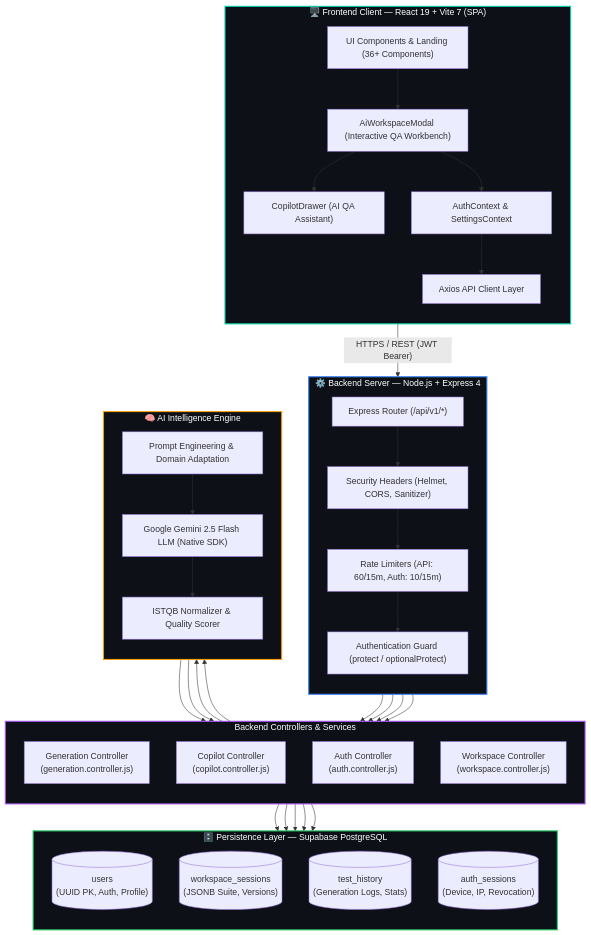
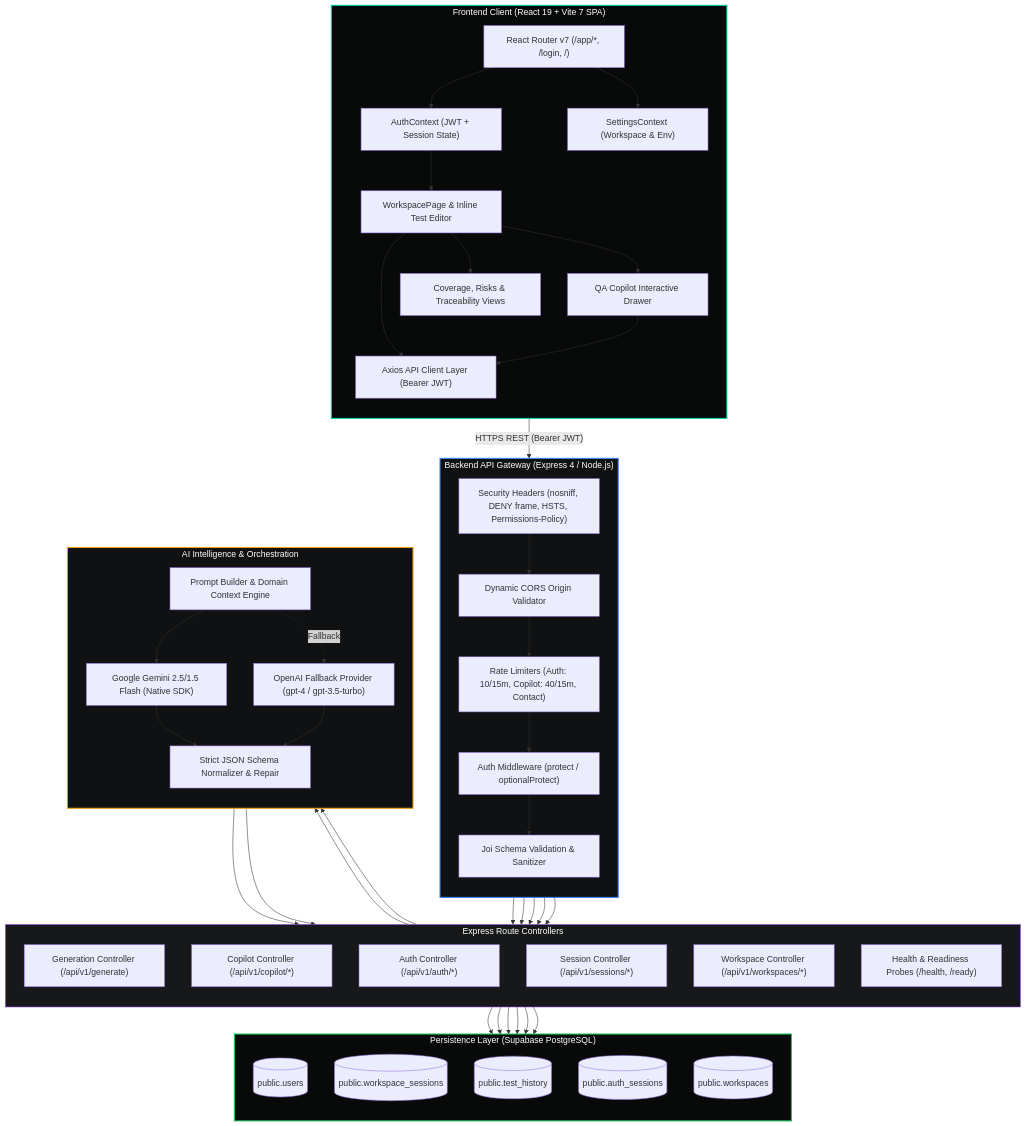
The second of 2 diagrams in README.md (KISHOR403/Testnexa-Ai), drawn with Mermaid before and after one commit. The commit also changed other lines of this file, not shown here.

````diff
--- a/README.md
+++ b/README.md
@@ -165,77 +264,92 @@
 ```mermaid
 flowchart TB
-    subgraph Client["🖥️ Frontend Client — React 19 + Vite 7 (SPA)"]
+    subgraph Client["Frontend Client (React 19 + Vite 7 SPA)"]
         direction TB
-        UI["UI Components & Landing (36+ Components)"]
-        Modal["AiWorkspaceModal (Interactive QA Workbench)"]
-        CopilotUI["CopilotDrawer (AI QA Assistant)"]
-        State["AuthContext & SettingsContext"]
-        APIClient["Axios API Client Layer"]
+        AppRouter["React Router v7 (/app/*, /login, /)"]
+        AuthCtx["AuthContext (JWT + Session State)"]
+        SettingsCtx["SettingsContext (Workspace & Env)"]
+        WorkBench["WorkspacePage & Inline Test Editor"]
+        CopilotDrawer["QA Copilot Interactive Drawer"]
+        AnalyticsViews["Coverage, Risks & Traceability Views"]
+        ApiClient["Axios API Client Layer (Bearer JWT)"]
 
-        UI --> Modal
-        Modal --> CopilotUI
-        Modal --> State
-        State --> APIClient
+        AppRouter --> AuthCtx
+        AppRouter --> SettingsCtx
+        AuthCtx --> WorkBench
+        WorkBench --> CopilotDrawer
+        WorkBench --> AnalyticsViews
+        WorkBench --> ApiClient
+        CopilotDrawer --> ApiClient
     end
 
-    subgraph Gateway["⚙️ Backend Server — Node.js + Express 4"]
+    subgraph Gateway["Backend API Gateway (Express 4 / Node.js)"]
         direction TB
-        Router["Express Router (/api/v1/*)"]
-        MW_Sec["Security Headers (Helmet, CORS, Sanitizer)"]
-        MW_Rate["Rate Limiters (API: 60/15m, Auth: 10/15m)"]
-        MW_Auth["Authentication Guard (protect / optionalProtect)"]
-        
-        Router --> MW_Sec
-        MW_Sec --> MW_Rate
-        MW_Rate --> MW_Auth
+        SecurityMW["Security Headers (nosniff, DENY frame, HSTS, Permissions-Policy)"]
+        CorsMW["Dynamic CORS Origin Validator"]
+        RateLimitMW["Rate Limiters (Auth: 10/15m, Copilot: 40/15m, Contact)"]
+        AuthGuard["Auth Middleware (protect / optionalProtect)"]
+        JoiValidator["Joi Schema Validation & Sanitizer"]
+
+        SecurityMW --> CorsMW
+        CorsMW --> RateLimitMW
+        RateLimitMW --> AuthGuard
+        AuthGuard --> JoiValidator
     end
 
-    subgraph Controllers["Backend Controllers & Services"]
+    subgraph Controllers["Express Route Controllers"]
         direction TB
-        GenCtrl["Generation Controller<br/>(generation.controller.js)"]
-        CopilotCtrl["Copilot Controller<br/>(copilot.controller.js)"]
-        AuthCtrl["Auth Controller<br/>(auth.controller.js)"]
-        SessionCtrl["Workspace Controller<br/>(workspace.controller.js)"]
-        
-        MW_Auth --> GenCtrl
-        MW_Auth --> CopilotCtrl
-        MW_Auth --> AuthCtrl
-        MW_Auth --> SessionCtrl
+        GenCtrl["Generation Controller (/api/v1/generate)"]
+        CopilotCtrl["Copilot Controller (/api/v1/copilot/*)"]
+        AuthCtrl["Auth Controller (/api/v1/auth/*)"]
+        SessionCtrl["Session Controller (/api/v1/sessions/*)"]
+        WorkspaceCtrl["Workspace Controller (/api/v1/workspaces/*)"]
+        HealthCtrl["Health & Readiness Probes (/health, /ready)"]
     end
 
-    subgraph AI["🧠 AI Intelligence Engine"]
+    subgraph Engine["AI Intelligence & Orchestration"]
         direction TB
-        PromptAdapter["Prompt Engineering & Domain Adaptation"]
-        GeminiCore["Google Gemini 2.5 Flash LLM (Native SDK)"]
-        ISTQBParser["ISTQB Normalizer & Quality Scorer"]
-        
-        GenCtrl --> PromptAdapter
-        CopilotCtrl --> PromptAdapter
-        PromptAdapter --> GeminiCore
-        GeminiCore --> ISTQBParser
-        ISTQBParser --> GenCtrl
-        ISTQBParser --> CopilotCtrl
+        PromptOrchestrator["Prompt Builder & Domain Context Engine"]
+        GeminiSDK["Google Gemini 2.5/1.5 Flash (Native SDK)"]
+        OpenAIFallback["OpenAI Fallback Provider (gpt-4 / gpt-3.5-turbo)"]
+        JSONParser["Strict JSON Schema Normalizer & Repair"]
+
+        PromptOrchestrator --> GeminiSDK
+        PromptOrchestrator -.->|Fallback| OpenAIFallback
+        GeminiSDK --> JSONParser
+        OpenAIFallback --> JSONParser
     end
 
-    subgraph Database["🗄️ Persistence Layer — Supabase PostgreSQL"]
+    subgraph Storage["Persistence Layer (Supabase PostgreSQL)"]
         direction TB
-        TabUsers[("users<br/>(UUID PK, Auth, Profile)")]
-        TabSessions[("workspace_sessions<br/>(JSONB Suite, Versions)")]
-        TabHistory[("test_history<br/>(Generation Logs, Stats)")]
-        TabAuth[("auth_sessions<br/>(Device, IP, Revocation)")]
+        TableUsers[("public.users")]
+        TableSessions[("public.workspace_sessions")]
+        TableHistory[("public.test_history")]
+        TableAuth[("public.auth_sessions")]
+        TableWorkspaces[("public.workspaces")]
 
-        AuthCtrl --> TabUsers
-        AuthCtrl --> TabAuth
-        SessionCtrl --> TabSessions
-        GenCtrl --> TabSessions
-        GenCtrl --> TabHistory
+        AuthCtrl --> TableUsers
+        AuthCtrl --> TableAuth
+        SessionCtrl --> TableSessions
+        GenCtrl --> TableSessions
+        GenCtrl --> TableHistory
+        WorkspaceCtrl --> TableWorkspaces
     end
 
-    APIClient -->|"HTTPS / REST (JWT Bearer)"| Router
+    ApiClient -->|"HTTPS REST (Bearer JWT)"| SecurityMW
+    JoiValidator --> GenCtrl
+    JoiValidator --> CopilotCtrl
+    JoiValidator --> AuthCtrl
+    JoiValidator --> SessionCtrl
+    JoiValidator --> WorkspaceCtrl
 
-    style Client fill:#0d1117,stroke:#00d4aa,stroke-width:2px,color:#fff
-    style Gateway fill:#0d1117,stroke:#3b82f6,stroke-width:2px,color:#fff
-    style Controllers fill:#0d1117,stroke:#a855f7,stroke-width:2px,color:#fff
-    style AI fill:#0d1117,stroke:#f59e0b,stroke-width:2px,color:#fff
-    style Database fill:#0d1117,stroke:#22c55e,stroke-width:2px,color:#fff
+    GenCtrl --> PromptOrchestrator
+    CopilotCtrl --> PromptOrchestrator
+    JSONParser --> GenCtrl
+    JSONParser --> CopilotCtrl
+
+    style Client fill:#080909,stroke:#00D4AA,stroke-width:2px,color:#fff
+    style Gateway fill:#101112,stroke:#3b82f6,stroke-width:2px,color:#fff
+    style Controllers fill:#161819,stroke:#a855f7,stroke-width:1px,color:#fff
+    style Engine fill:#101112,stroke:#f59e0b,stroke-width:2px,color:#fff
+    style Storage fill:#080909,stroke:#22c55e,stroke-width:2px,color:#fff
 ```
````
